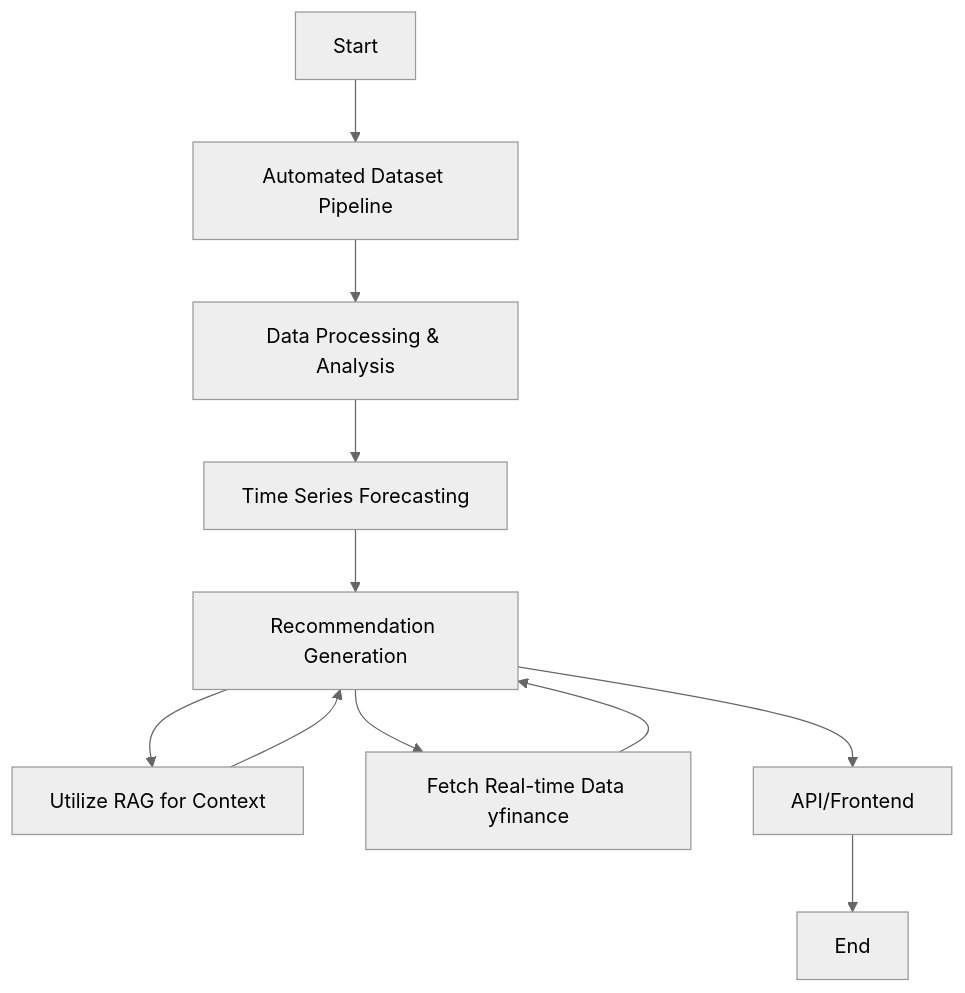
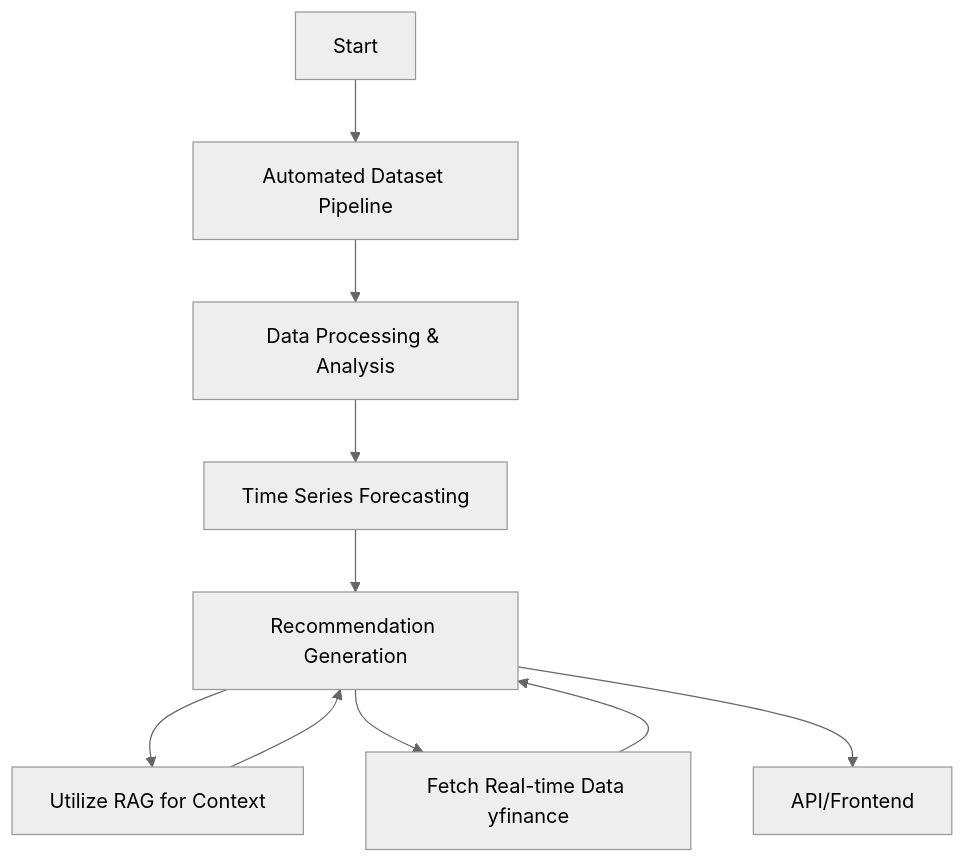
The second of 2 diagrams in README.md (Islam29632/WSP_Grad_Project), drawn with Mermaid (neutral theme) before and after one commit.

Commit message:
Updated flow charts

````diff
--- a/README.md
+++ b/README.md
@@ -35,14 +35,13 @@
 ```mermaid
 graph TD
     A[Start] --> B[Automated Dataset Pipeline];
     B --> C[Data Processing & Analysis];
     C --> D[Time Series Forecasting];
     D --> E[Recommendation Generation];
     E --> E1[Utilize RAG for Context];
     E --> E2[Fetch Real-time Data yfinance];
     E1 --> E;
     E2 --> E;
     G[API/Frontend];
     E --> G;
-    G --> F[End];
 ```
````
